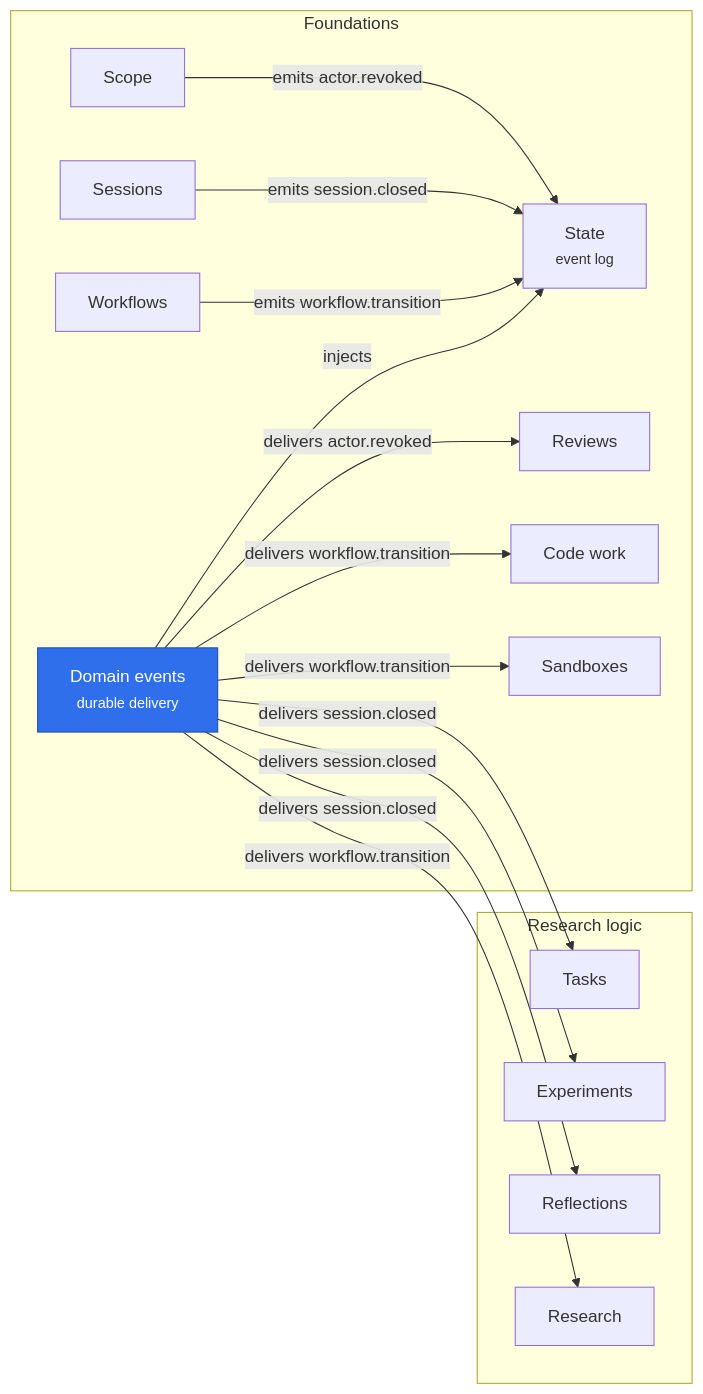
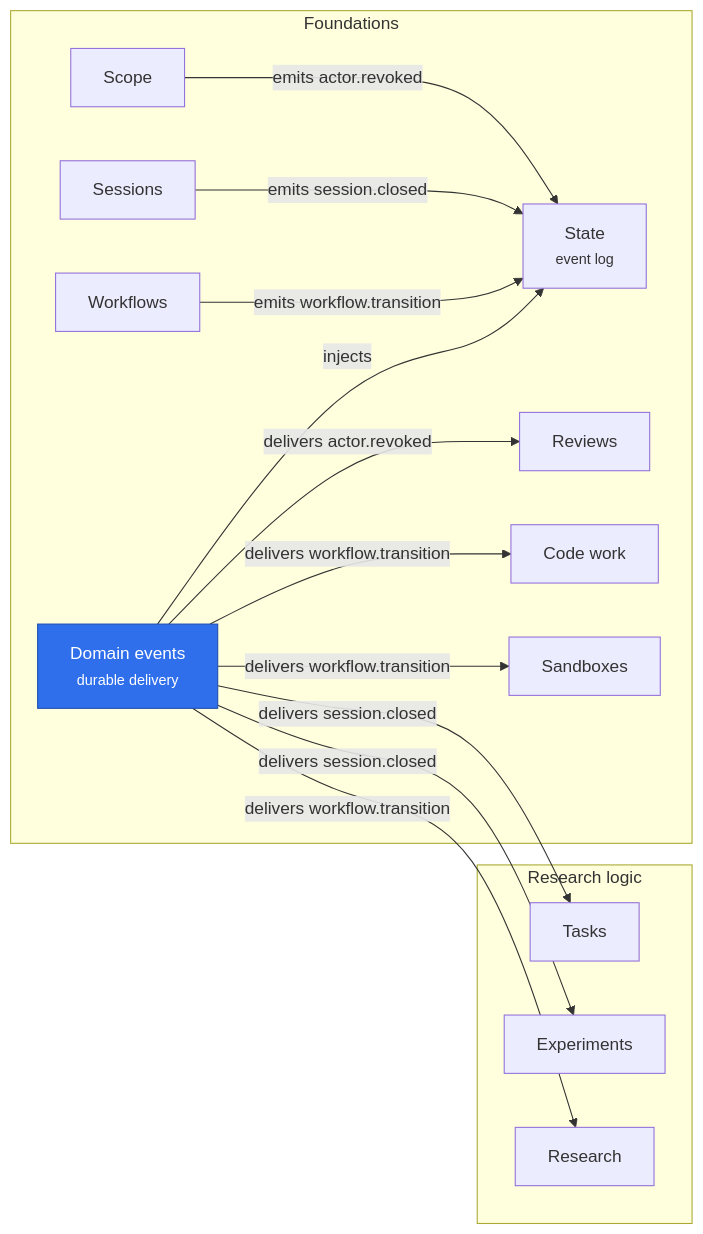
The diagram in merv-typescript/packages/domain-events/README.md (rapidreview-io/Merv), drawn with Mermaid before and after one commit. The commit also changed other lines of this file and 132 other files, not shown here.

````diff
--- a/merv-typescript/packages/domain-events/README.md
+++ b/merv-typescript/packages/domain-events/README.md
@@ -7,31 +7,29 @@
 ```mermaid
 flowchart LR
   subgraph foundationsLayer["Foundations"]
     domainEvents["Domain events<br/><small>durable delivery</small>"]:::self
     state["State<br/><small>event log</small>"]
     scope["Scope"]
     sessions["Sessions"]
     workflows["Workflows"]
     reviews["Reviews"]
     codeWork["Code work"]
     sandboxes["Sandboxes"]
   end
   subgraph researchLayer["Research logic"]
     tasks["Tasks"]
     experiments["Experiments"]
-    reflections["Reflections"]
     research["Research"]
   end
   scope -- "emits actor.revoked" --> state
   sessions -- "emits session.closed" --> state
   workflows -- "emits workflow.transition" --> state
   domainEvents -- "injects" --> state
   domainEvents -- "delivers actor.revoked" --> reviews
   domainEvents -- "delivers workflow.transition" --> codeWork
   domainEvents -- "delivers workflow.transition" --> sandboxes
   domainEvents -- "delivers workflow.transition" --> research
   domainEvents -- "delivers session.closed" --> tasks
   domainEvents -- "delivers session.closed" --> experiments
-  domainEvents -- "delivers session.closed" --> reflections
   classDef self fill:#2f6feb,color:#fff,stroke:#1f4fb0
 ```
````
